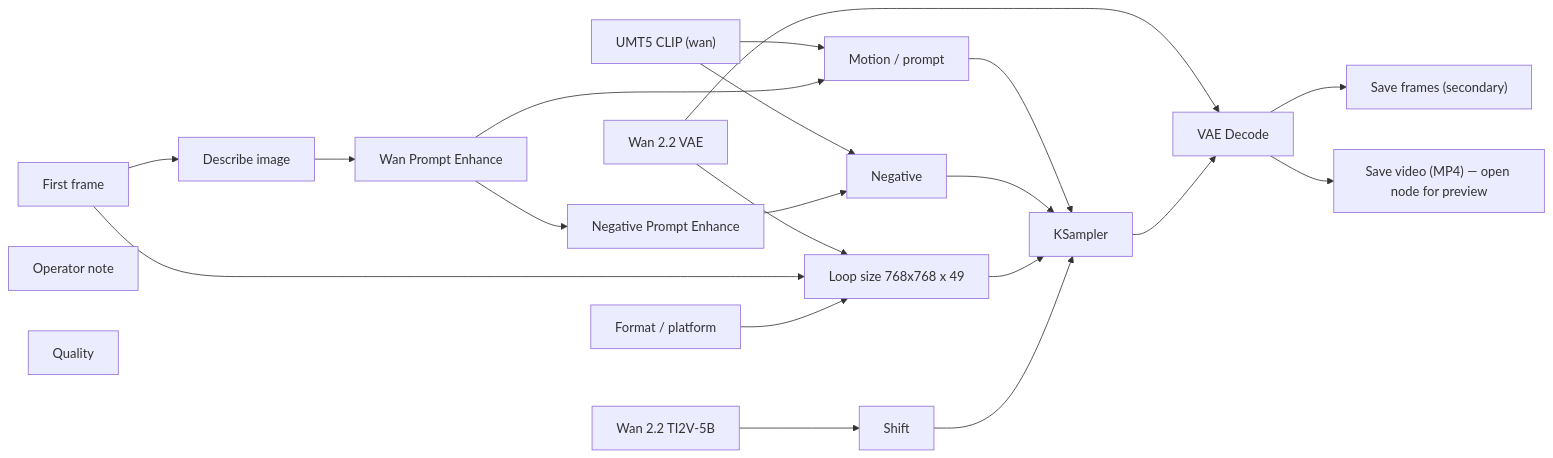
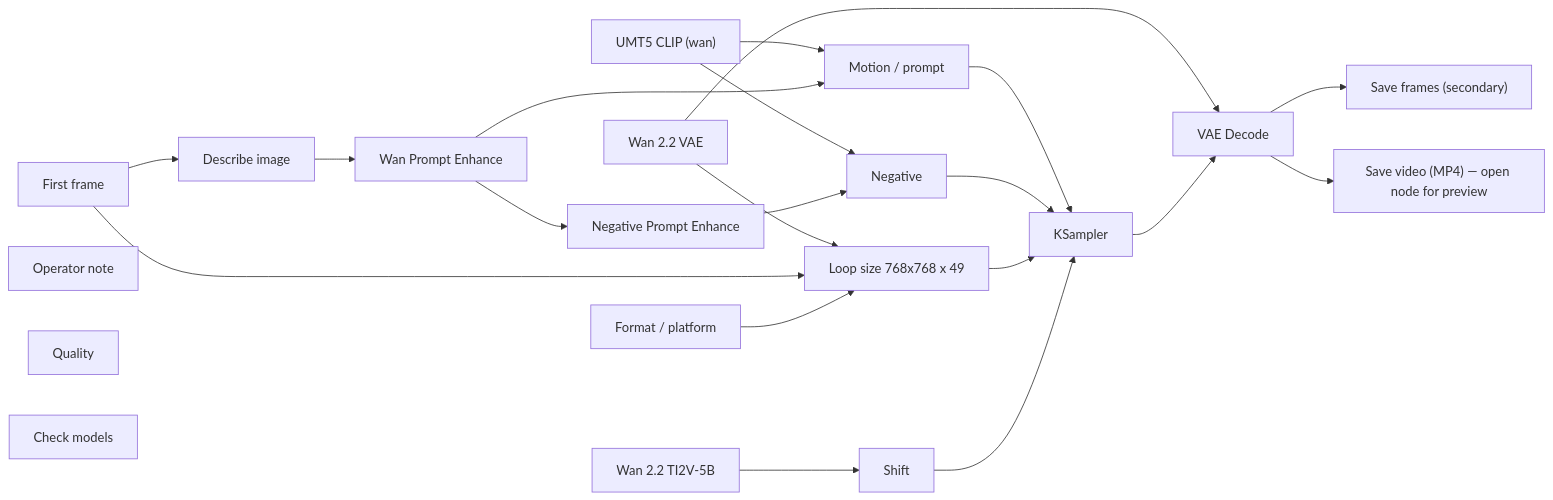
One commit to toxicoder/ez-comfy-stack changed the diagram in docs/generated/workflows/services/ecommerce/drape-loop.md. Above: the diagram before and after it, drawn with Mermaid. The commit also changed other lines of this file and 1106 other files, not shown here.

First line of the commit message:
feat: add Check models node to every lab App

````diff
--- a/docs/generated/workflows/services/ecommerce/drape-loop.md
+++ b/docs/generated/workflows/services/ecommerce/drape-loop.md
@@ -53,40 +53,41 @@
 ```mermaid
 flowchart LR
   N1["Wan 2.2 TI2V-5B"]
   N2["UMT5 CLIP (wan)"]
   N3["Wan 2.2 VAE"]
   N4["First frame"]
   N6["Motion / prompt"]
   N7["Negative"]
   N8["Loop size 768x768 x 49"]
   N9["Shift"]
   N10["KSampler"]
   N11["VAE Decode"]
   N12["Save frames (secondary)"]
   N13["Save video (MP4) — open node for preview"]
   N14["Operator note"]
   N15["Wan Prompt Enhance"]
   N16["Negative Prompt Enhance"]
   N17["Quality"]
   N18["Format / platform"]
   N19["Describe image"]
+  N20["Check models"]
   N1 --> N9
   N2 --> N6
   N2 --> N7
   N3 --> N8
   N3 --> N11
   N4 --> N8
   N4 --> N19
   N6 --> N10
   N7 --> N10
   N8 --> N10
   N9 --> N10
   N10 --> N11
   N11 --> N12
   N11 --> N13
   N15 --> N6
   N15 --> N16
   N16 --> N7
   N18 --> N8
   N19 --> N15
 ```
````
